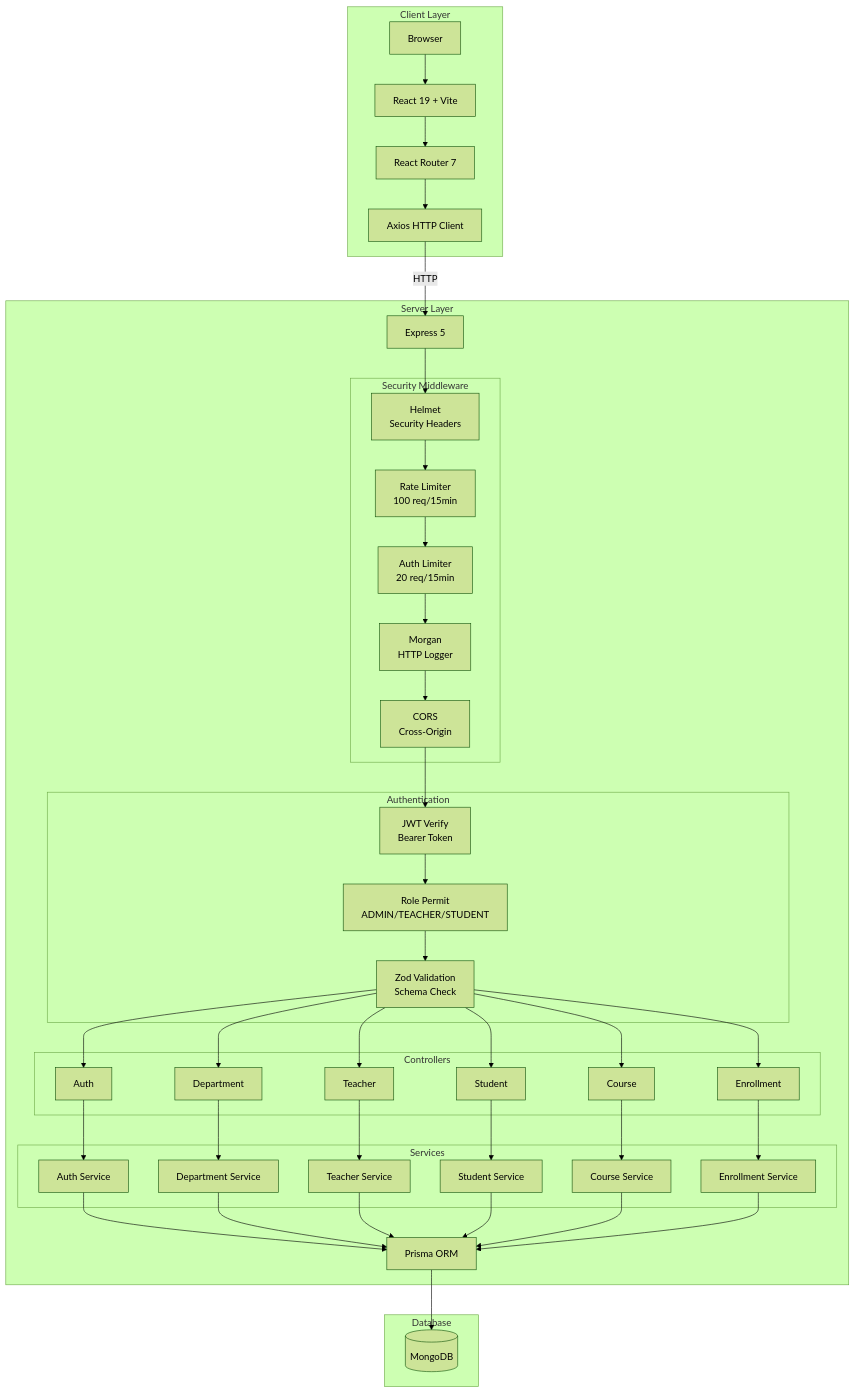
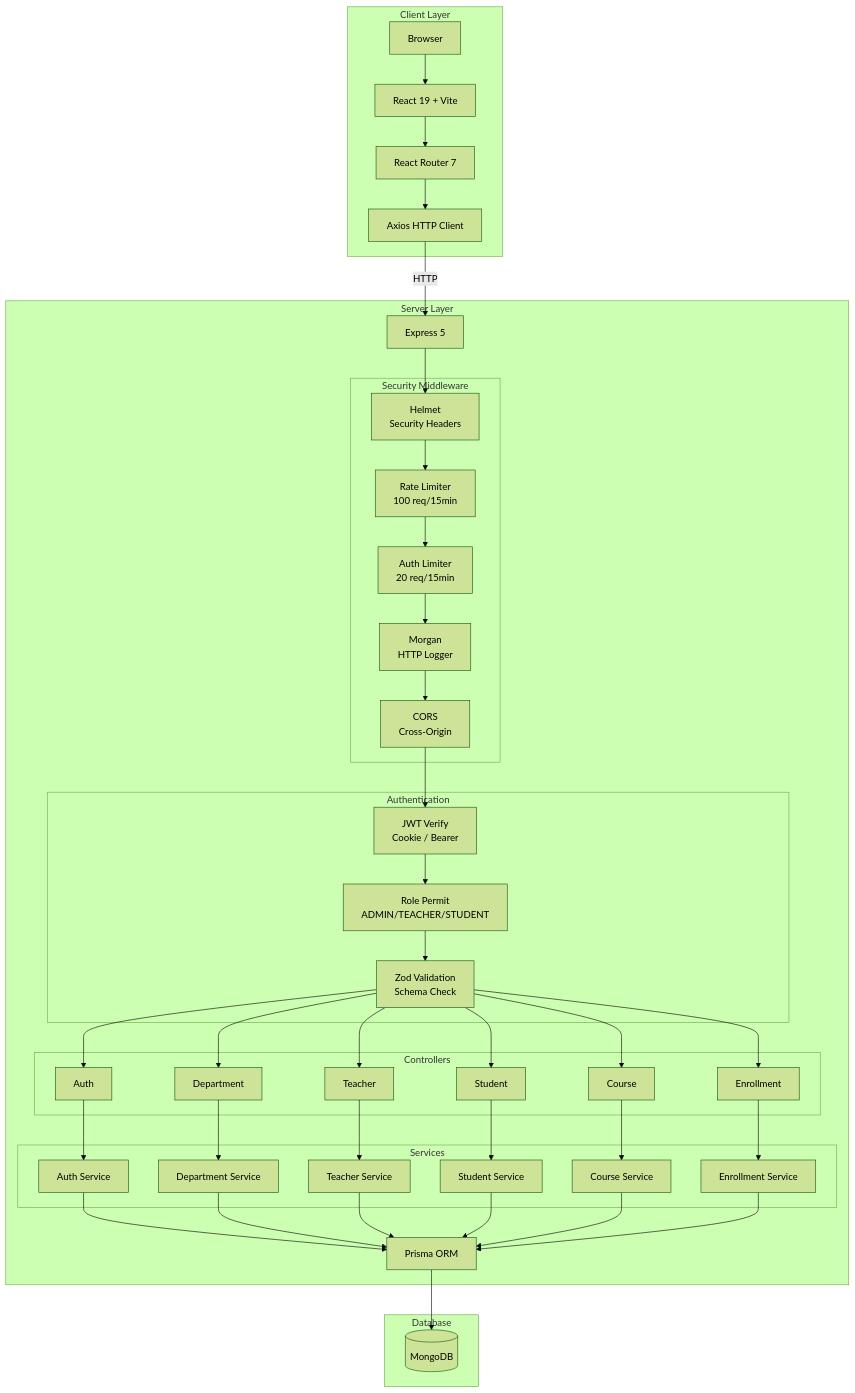
Before and after one commit to Sushantmg/college-management-system: the first of 4 diagrams in README.md, drawn with Mermaid (forest theme). The commit also changed other lines of this file, not shown here.

Commit message:
docs: document httpOnly cookie auth flow

````diff
--- a/README.md
+++ b/README.md
@@ -127,65 +127,65 @@
 ```mermaid
 graph TB
     subgraph Client["Client Layer"]
         Browser["Browser"]
         React["React 19 + Vite"]
         Router["React Router 7"]
         Axios["Axios HTTP Client"]
     end
 
     subgraph Server["Server Layer"]
         Express["Express 5"]
         
         subgraph Security["Security Middleware"]
             Helmet["Helmet<br/>Security Headers"]
             RateLimit["Rate Limiter<br/>100 req/15min"]
             AuthRateLimit["Auth Limiter<br/>20 req/15min"]
             Morgan["Morgan<br/>HTTP Logger"]
             CORS["CORS<br/>Cross-Origin"]
         end
         
         subgraph AuthMiddleware["Authentication"]
-            JWT["JWT Verify<br/>Bearer Token"]
+            JWT["JWT Verify<br/>Cookie / Bearer"]
             Permit["Role Permit<br/>ADMIN/TEACHER/STUDENT"]
             Validate["Zod Validation<br/>Schema Check"]
         end
         
         subgraph Controllers["Controllers"]
             AuthCtrl["Auth"]
             DeptCtrl["Department"]
             TeacherCtrl["Teacher"]
             StudentCtrl["Student"]
             CourseCtrl["Course"]
             EnrollCtrl["Enrollment"]
         end
         
         subgraph Services["Services"]
             AuthService["Auth Service"]
             DeptService["Department Service"]
             TeacherService["Teacher Service"]
             StudentService["Student Service"]
             CourseService["Course Service"]
             EnrollService["Enrollment Service"]
         end
         
         Prisma["Prisma ORM"]
     end
 
     subgraph Database["Database"]
         MongoDB[("MongoDB")]
     end
 
     Browser --> React --> Router --> Axios
     Axios -->|HTTP| Express
     Express --> Helmet --> RateLimit --> AuthRateLimit --> Morgan --> CORS
     CORS --> JWT --> Permit --> Validate
     Validate --> AuthCtrl & DeptCtrl & TeacherCtrl & StudentCtrl & CourseCtrl & EnrollCtrl
     AuthCtrl --> AuthService
     DeptCtrl --> DeptService
     TeacherCtrl --> TeacherService
     StudentCtrl --> StudentService
     CourseCtrl --> CourseService
     EnrollCtrl --> EnrollService
     AuthService & DeptService & TeacherService & StudentService & CourseService & EnrollService --> Prisma
     Prisma --> MongoDB
 ```
````
